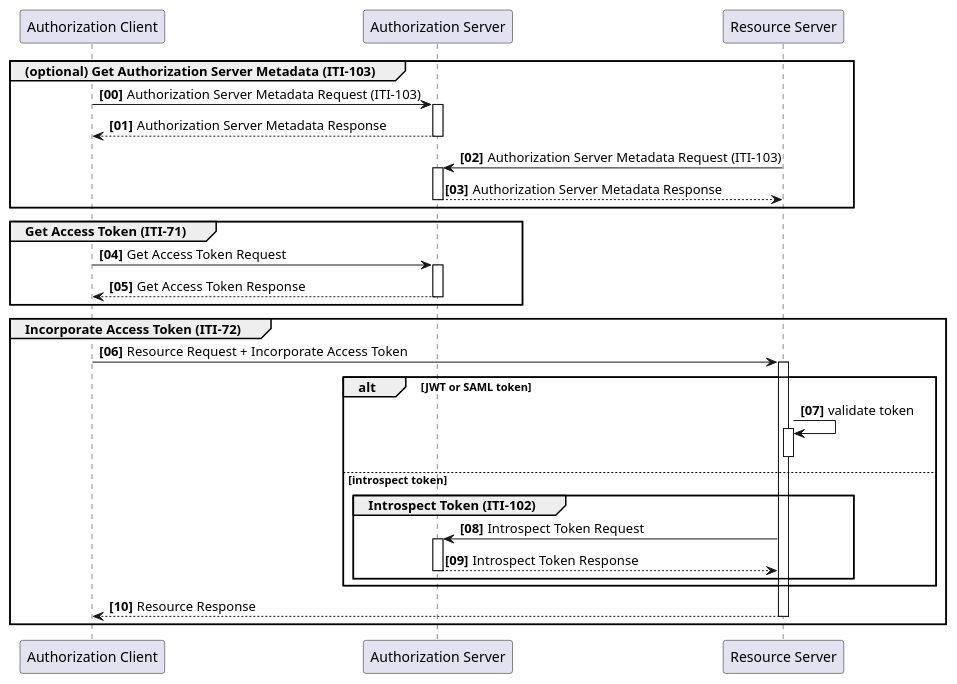
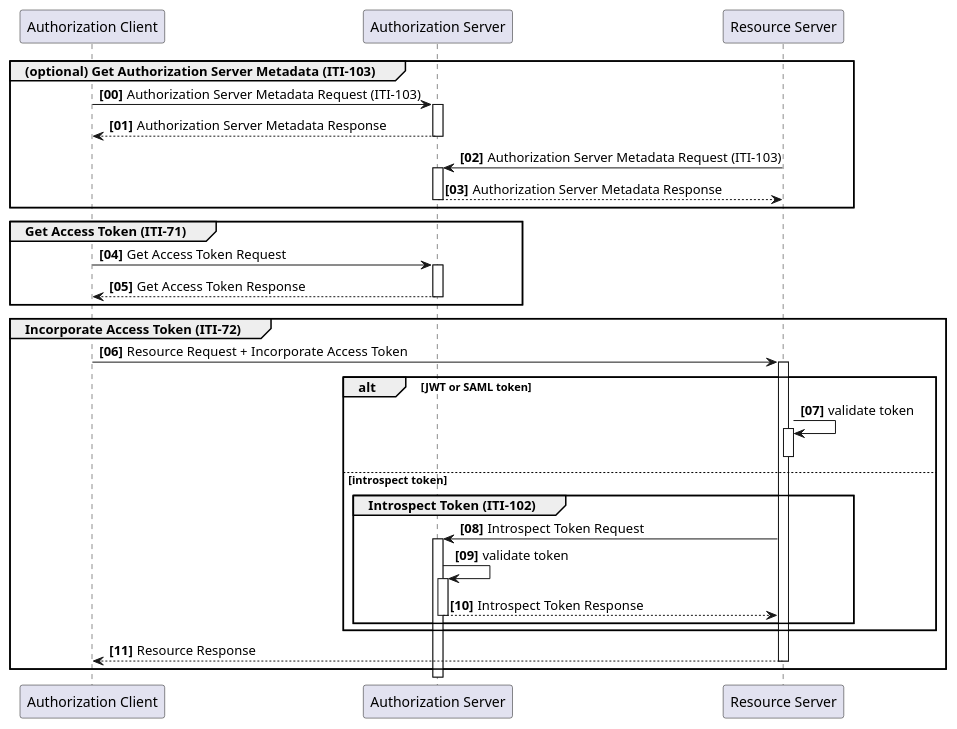
The first of 6 diagrams in IHE_ITI_Suppl_IUA.md (IHE/ITI.IUA), drawn with PlantUML before and after one commit. The commit also changed other lines of this file and 1 other file, not shown here.

Commit message:
token validation in introspect case. Fixes #63

````diff
--- a/IHE_ITI_Suppl_IUA.md
+++ b/IHE_ITI_Suppl_IUA.md
@@ -447,47 +447,48 @@
 ```plantuml
 @startuml basic-flow
 
 participant "Authorization Client" as Client
 participant "Authorization Server" as AS
 participant "Resource Server" as RS
 
 autonumber 0 1 "<b>[00]</b>"
 autoactivate on
 
 group (optional) Get Authorization Server Metadata (ITI-103)
 
     Client-> AS : Authorization Server Metadata Request (ITI-103)
     AS --> Client: Authorization Server Metadata Response
 
     RS-> AS : Authorization Server Metadata Request (ITI-103)
     AS --> RS: Authorization Server Metadata Response
 
 end
 
 group Get Access Token (ITI-71)
     Client -> AS: Get Access Token Request
     Client <-- AS: Get Access Token Response
 end
 
 group Incorporate Access Token (ITI-72)
 
 Client -> RS : Resource Request + Incorporate Access Token
 
 alt JWT or SAML token
   RS -> RS: validate token
   deactivate RS
 
 else introspect token
 
   group Introspect Token (ITI-102)
         RS -> AS : Introspect Token Request
+        AS -> AS : validate token
         AS --> RS: Introspect Token Response
   end
 end
 
 Client <-- RS : Resource Response  
 end
 
 @enduml
 
 ```
````
